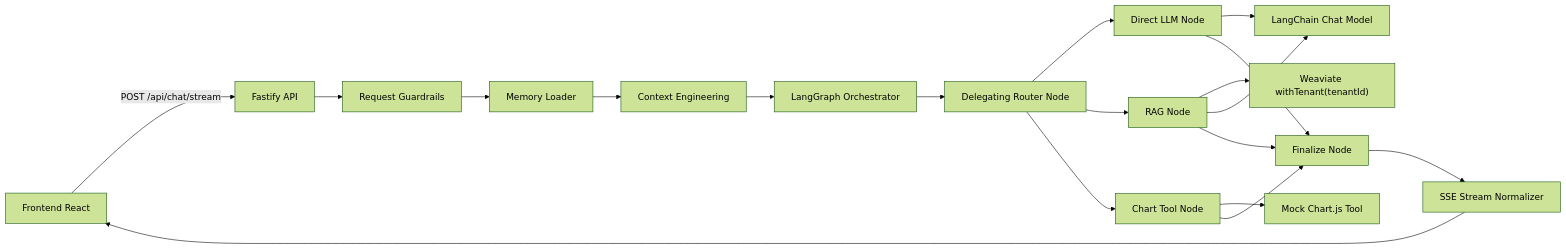
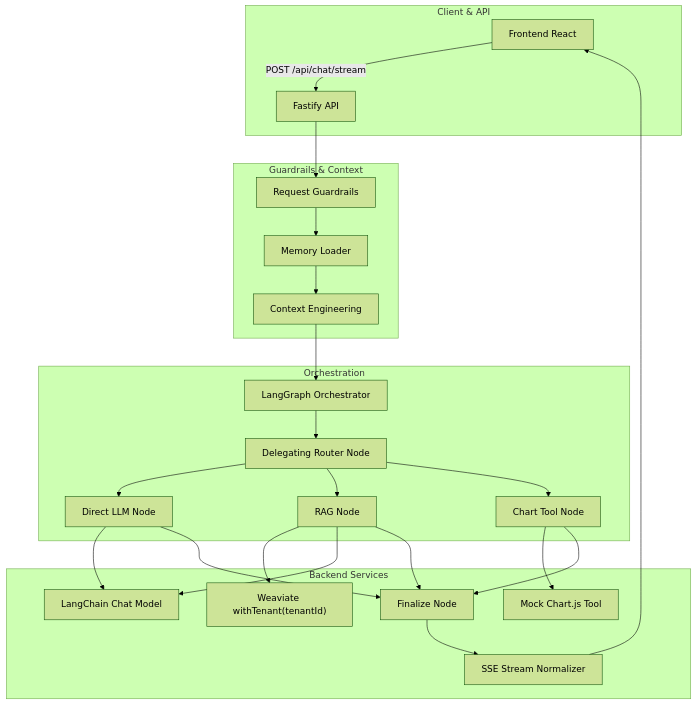
Before and after one commit to shakil1819/Multi-Tenant-Agentic-Insight-Stream: the diagram in README.md, drawn with Mermaid (forest theme).

Commit message:
docs: enhance system design diagram with grouped components and clearer flow visualization

````diff
--- a/README.md
+++ b/README.md
@@ -12,21 +11,56 @@
 ```mermaid
-flowchart LR
-    UI[Frontend React] -->|POST /api/chat/stream| API[Fastify API]
-    API --> GR[Request Guardrails]
-    GR --> MEM[Memory Loader]
-    MEM --> CE[Context Engineering]
-    CE --> LG[LangGraph Orchestrator]
-    LG --> ROUTER[Delegating Router Node]
-    ROUTER --> DIRECT[Direct LLM Node]
-    ROUTER --> RAG[RAG Node]
-    ROUTER --> CHART[Chart Tool Node]
-    RAG --> WEAV["`Weaviate withTenant(tenantId)`"]
-    DIRECT --> LLM[LangChain Chat Model]
+flowchart TD
+    %% Group Frontend and API
+    subgraph Client & API
+        UI[Frontend React]
+        API[Fastify API]
+    end
+    
+    subgraph Guardrails & Context
+        GR[Request Guardrails]
+        MEM[Memory Loader]
+        CE[Context Engineering]
+    end
+    
+    subgraph Orchestration
+        LG[LangGraph Orchestrator]
+        ROUTER[Delegating Router Node]
+        DIRECT[Direct LLM Node]
+        RAG[RAG Node]
+        CHART[Chart Tool Node]
+    end
+
+    subgraph Backend Services
+        WEAV["`Weaviate withTenant(tenantId)`"]
+        LLM[LangChain Chat Model]
+        TOOL[Mock Chart.js Tool]
+        FIN[Finalize Node]
+        SSE[SSE Stream Normalizer]
+    end
+
+    %% Main flows
+    UI -->|POST /api/chat/stream| API
+    API --> GR
+    GR --> MEM
+    MEM --> CE
+    CE --> LG
+    LG --> ROUTER
+    
+
+    ROUTER --> DIRECT
+    ROUTER --> RAG
+    ROUTER --> CHART
+
+    DIRECT --> LLM
+    DIRECT --> FIN
+
+    RAG --> WEAV
     RAG --> LLM
-    CHART --> TOOL[Mock Chart.js Tool]
-    DIRECT --> FIN[Finalize Node]
     RAG --> FIN
+
+    CHART --> TOOL
     CHART --> FIN
-    FIN --> SSE[SSE Stream Normalizer]
+
+    FIN --> SSE
     SSE --> UI
 ```
````
